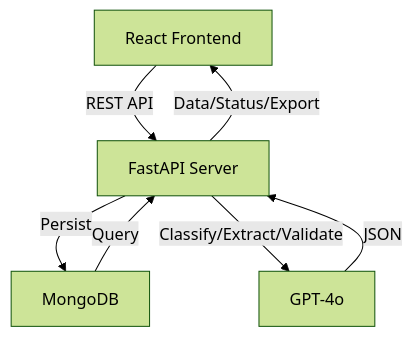
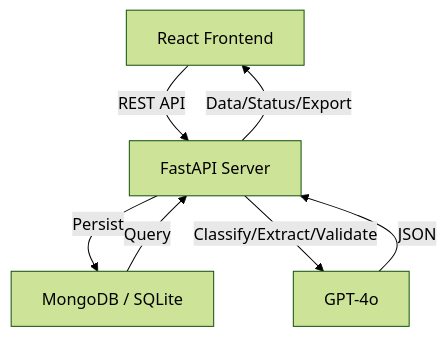
One commit to gproatechnology/GProA_EOSIS_Edge changed the first of 2 diagrams in README.md. Above: the diagram before and after it, drawn with Mermaid (forest theme). The commit also changed other lines of this file, not shown here.

````diff
--- a/README.md
+++ b/README.md
@@ -36,9 +41,9 @@
 ```mermaid
 graph TB
     FE[React Frontend] -->|REST API| API[FastAPI Server]
-    API -->|Persist| DB[MongoDB]
+    API -->|Persist| DB[MongoDB / SQLite]
     API -->|Classify/Extract/Validate| LLM[GPT-4o]
     LLM -->|JSON| API
     DB -->|Query| API
     API -->|Data/Status/Export| FE
 ```
````
